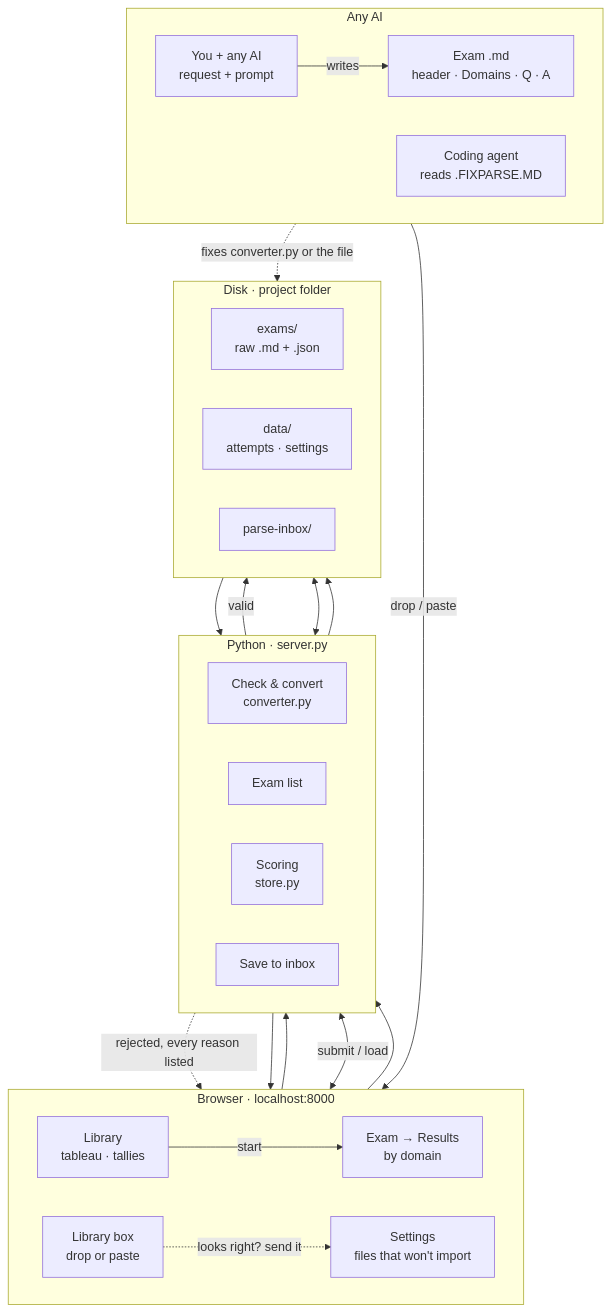
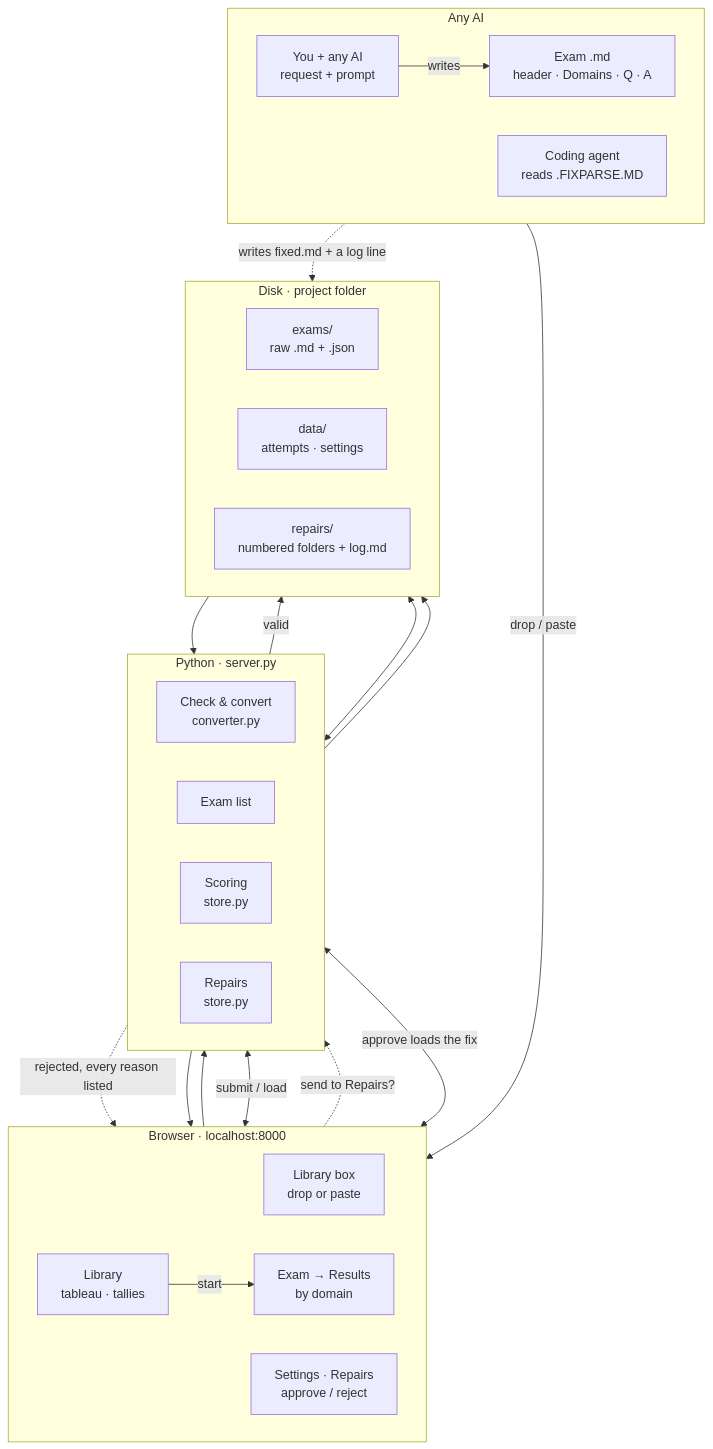
The diagram in README.md (faisaltariq-dev/localhost-exam-simulator), drawn with Mermaid before and after one commit. The commit also changed other lines of this file, not shown here.

Commit message:
Update README for Repairs

````diff
--- a/README.md
+++ b/README.md
@@ -51,35 +52,36 @@
 ```mermaid
 flowchart TB
   subgraph AI["Any AI"]
     direction LR
     you["You + any AI<br/>request + prompt"] -->|writes| file["Exam .md<br/>header · Domains · Q · A"]
     agent["Coding agent<br/>reads .FIXPARSE.MD"]
   end
   subgraph Browser["Browser · localhost:8000"]
     direction LR
     drop["Library box<br/>drop or paste"]
     lib["Library<br/>tableau · tallies"]
     exam["Exam → Results<br/>by domain"]
-    sink["Settings<br/>files that won't import"]
+    sink["Settings · Repairs<br/>approve / reject"]
   end
   subgraph Python["Python · server.py"]
     direction LR
     check["Check & convert<br/>converter.py"]
     list["Exam list"]
     score["Scoring<br/>store.py"]
-    save["Save to inbox"]
+    save["Repairs<br/>store.py"]
   end
   subgraph Disk["Disk · project folder"]
     direction LR
     exams["exams/<br/>raw .md + .json"]
     data["data/<br/>attempts · settings"]
-    inbox["parse-inbox/"]
+    inbox["repairs/<br/>numbered folders + log.md"]
   end
   file -->|drop / paste| drop --> check
   check -->|valid| exams
   check -.->|rejected, every reason listed| drop
   exams --> list --> lib -->|start| exam
   exam <-->|submit / load| score <--> data
-  drop -.->|looks right? send it| sink --> save --> inbox
-  agent -.->|fixes converter.py or the file| inbox
+  drop -.->|send to Repairs?| save --> inbox
+  agent -.->|writes fixed.md + a log line| inbox
+  sink <-->|approve loads the fix| save
 ```
````
